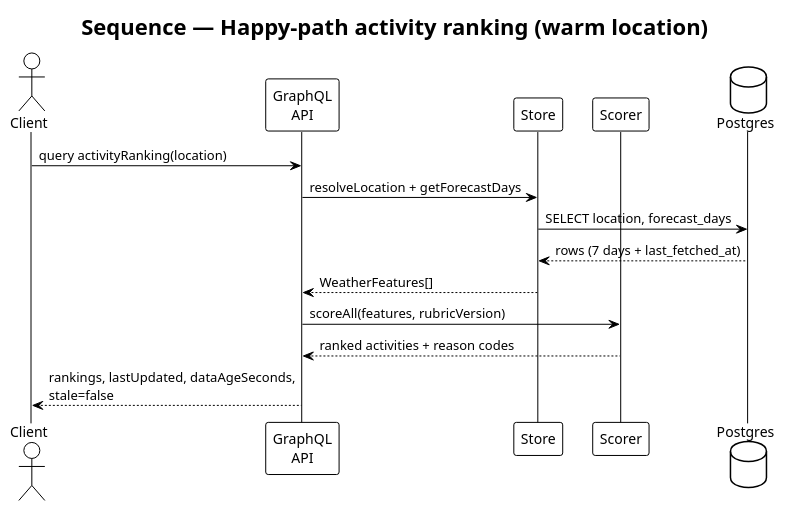
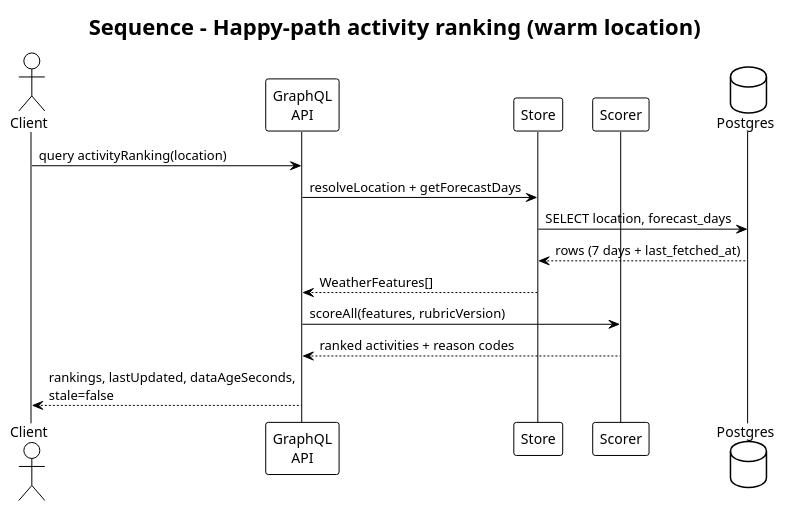
Before and after one commit to Takadza/weather-activity-ranking-service: the diagram in docs/diagrams/seq-happy-path.puml, drawn with PlantUML. The commit also changed 31 other files, not shown here.

```diff
--- a/docs/diagrams/seq-happy-path.puml
+++ b/docs/diagrams/seq-happy-path.puml
@@ -1,20 +1,20 @@
 @startuml seq-happy-path
 !theme plain
-title Sequence — Happy-path activity ranking (warm location)
+title Sequence - Happy-path activity ranking (warm location)
 
 actor Client
 participant "GraphQL\nAPI" as GQL
 participant "Store" as Store
 participant "Scorer" as Score
 database "Postgres" as PG
 
 Client -> GQL : query activityRanking(location)
 GQL -> Store : resolveLocation + getForecastDays
 Store -> PG : SELECT location, forecast_days
 PG --> Store : rows (7 days + last_fetched_at)
 Store --> GQL : WeatherFeatures[]
 GQL -> Score : scoreAll(features, rubricVersion)
 Score --> GQL : ranked activities + reason codes
 GQL --> Client : rankings, lastUpdated, dataAgeSeconds,\nstale=false
 
 @enduml
```
